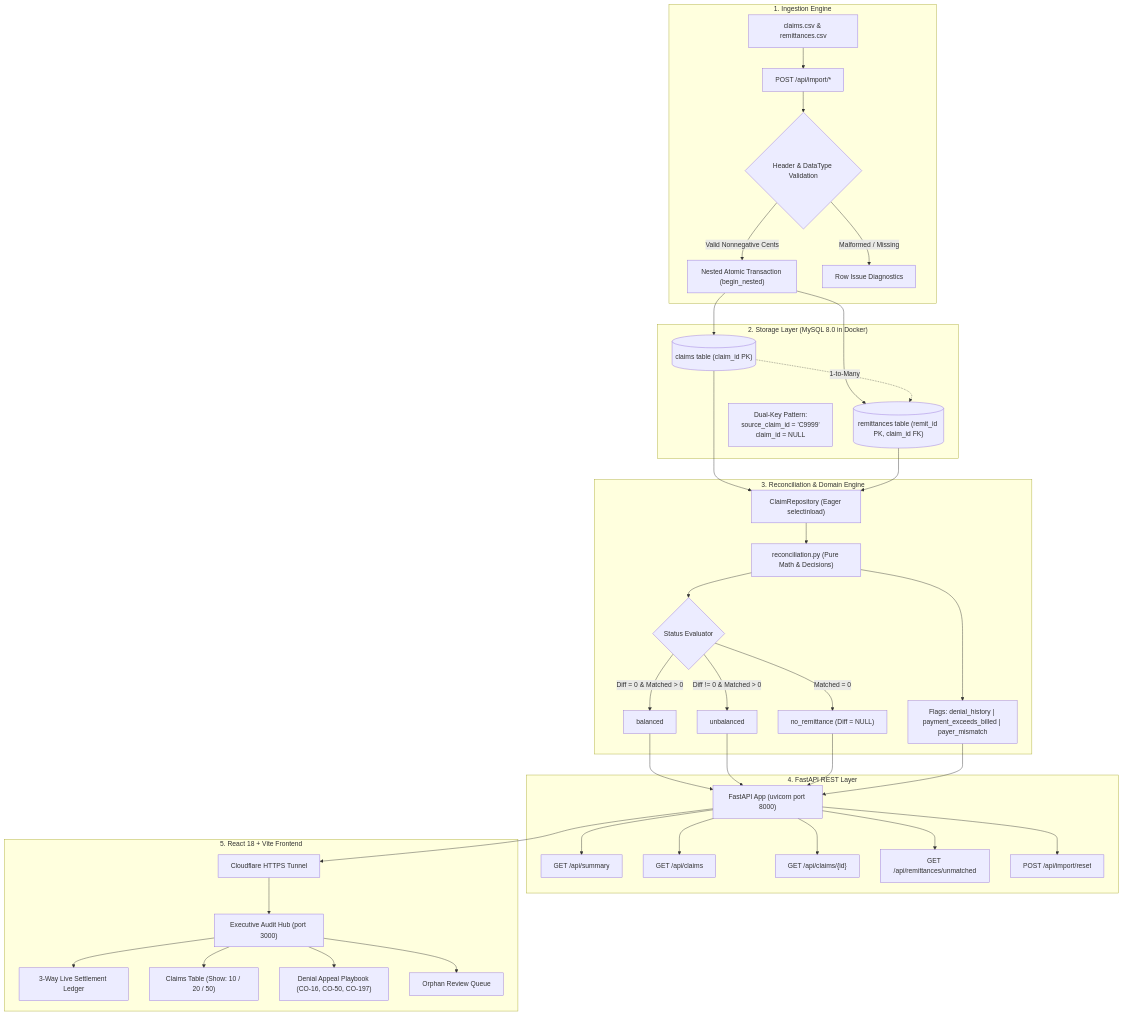
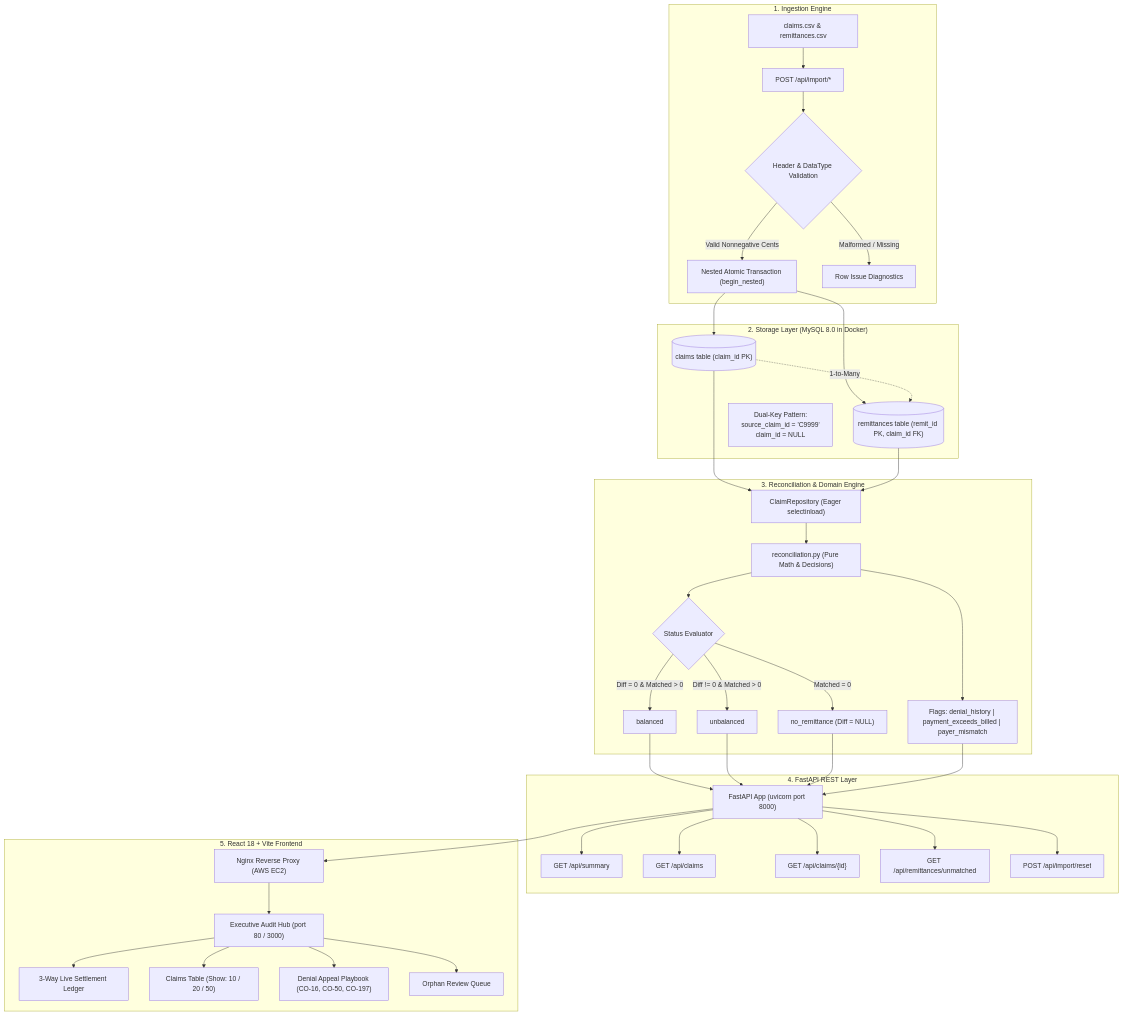
The diagram in INTERVIEW_MASTER_GUIDE.md (nakul143naps/claim-reconciliation-backup), drawn with Mermaid before and after one commit. The commit also changed other lines of this file, not shown here.

Commit message:
docs: replace legacy cloudflare tunnel mentions with AWS EC2 Nginx deployment

````diff
--- a/INTERVIEW_MASTER_GUIDE.md
+++ b/INTERVIEW_MASTER_GUIDE.md
@@ -61,44 +61,44 @@
 ```mermaid
 flowchart TD
     subgraph Ingestion["1. Ingestion Engine"]
         CSV["claims.csv & remittances.csv"] --> UPLOAD["POST /api/import/*"]
         UPLOAD --> VAL{"Header & DataType Validation"}
         VAL -->|Valid Nonnegative Cents| ATOMIC["Nested Atomic Transaction (begin_nested)"]
         VAL -->|Malformed / Missing| REJ["Row Issue Diagnostics"]
     end
 
     subgraph Database["2. Storage Layer (MySQL 8.0 in Docker)"]
         ATOMIC --> T1[("claims table (claim_id PK)")]
         ATOMIC --> T2[("remittances table (remit_id PK, claim_id FK)")]
         T1 -.->|1-to-Many| T2
         NOTE["Dual-Key Pattern:<br/>source_claim_id = 'C9999'<br/>claim_id = NULL"]
     end
 
     subgraph Service["3. Reconciliation & Domain Engine"]
         T1 & T2 --> REPO["ClaimRepository (Eager selectinload)"]
         REPO --> PURE["reconciliation.py (Pure Math & Decisions)"]
         PURE --> STATUS{"Status Evaluator"}
         STATUS -->|Diff = 0 & Matched > 0| S1["balanced"]
         STATUS -->|Diff != 0 & Matched > 0| S2["unbalanced"]
         STATUS -->|Matched = 0| S3["no_remittance (Diff = NULL)"]
         PURE --> FLAGS["Flags: denial_history | payment_exceeds_billed | payer_mismatch"]
     end
 
     subgraph API["4. FastAPI REST Layer"]
         S1 & S2 & S3 & FLAGS --> FASTAPI["FastAPI App (uvicorn port 8000)"]
         FASTAPI --> EP1["GET /api/summary"]
         FASTAPI --> EP2["GET /api/claims"]
         FASTAPI --> EP3["GET /api/claims/{id}"]
         FASTAPI --> EP4["GET /api/remittances/unmatched"]
         FASTAPI --> EP5["POST /api/import/reset"]
     end
 
     subgraph UI["5. React 18 + Vite Frontend"]
-        FASTAPI --> TUNNEL["Cloudflare HTTPS Tunnel"]
-        TUNNEL --> DASH["Executive Audit Hub (port 3000)"]
+        FASTAPI --> NGINX["Nginx Reverse Proxy (AWS EC2)"]
+        NGINX --> DASH["Executive Audit Hub (port 80 / 3000)"]
         DASH --> W1["3-Way Live Settlement Ledger"]
         DASH --> W2["Claims Table (Show: 10 / 20 / 50)"]
         DASH --> W3["Denial Appeal Playbook (CO-16, CO-50, CO-197)"]
         DASH --> W4["Orphan Review Queue"]
     end
 ```
````
